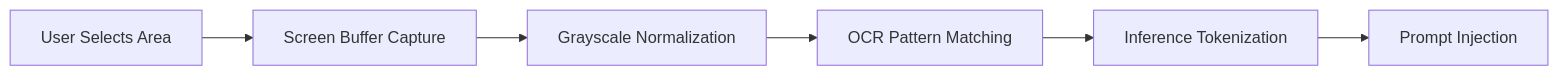
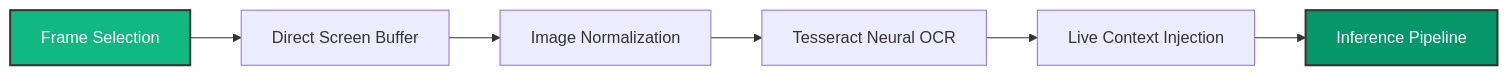
One commit to ziademad02153/ZEDX-AI-Assistant changed the second of 2 diagrams in README.md. Above: the diagram before and after it, drawn with Mermaid. The commit also changed other lines of this file, not shown here.

Commit message:
docs: finalize ultra-professional wiki with massive system flowcharts

````diff
--- a/README.md
+++ b/README.md
@@ -55,8 +93,11 @@
 ```mermaid
-flowchart LR
-    A[User Selects Area] --> B[Screen Buffer Capture]
-    B --> C[Grayscale Normalization]
-    C --> D[OCR Pattern Matching]
-    D --> E[Inference Tokenization]
-    E --> F[Prompt Injection]
+graph LR
+    START[Frame Selection] --> CAPTURE[Direct Screen Buffer]
+    CAPTURE --> PROC[Image Normalization]
+    PROC --> OCR[Tesseract Neural OCR]
+    OCR --> INJECT[Live Context Injection]
+    INJECT --> AI[Inference Pipeline]
+    
+    style START fill:#10b981,stroke:#333,stroke-width:2px,color:#fff
+    style AI fill:#059669,stroke:#333,stroke-width:2px,color:#fff
 ```
````
